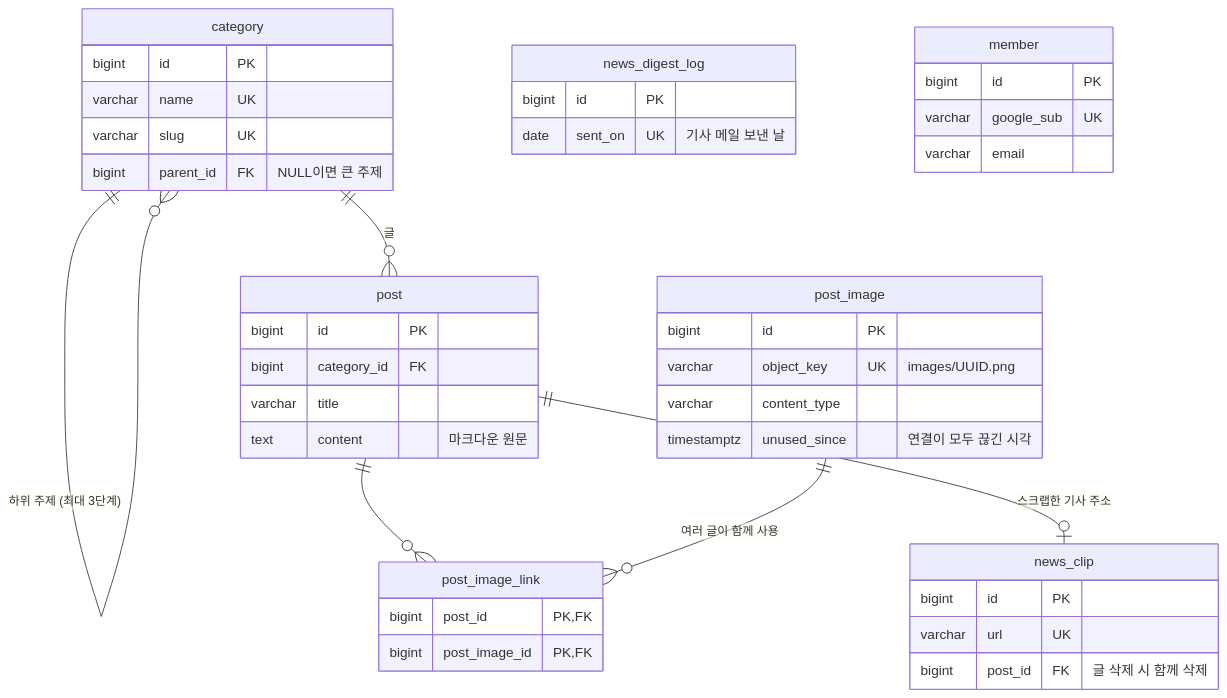
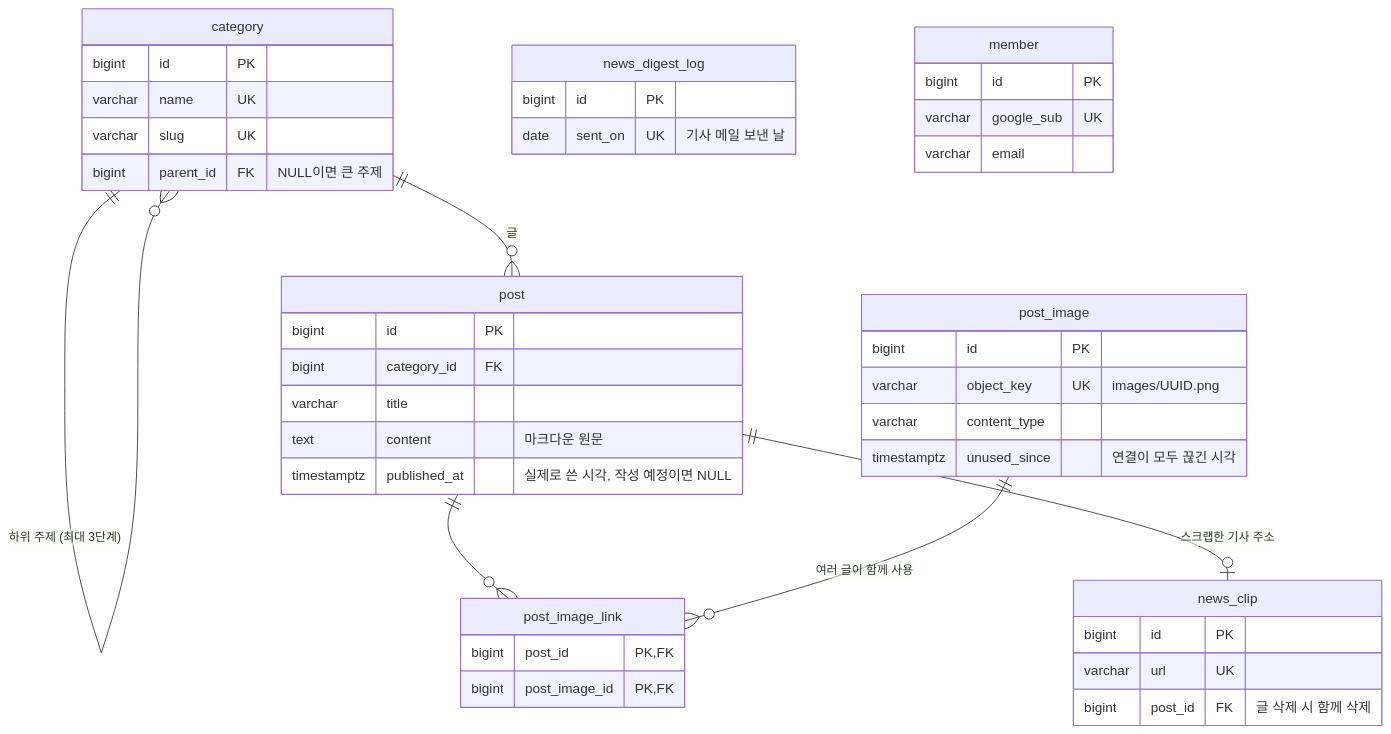
Before and after one commit to kimzoo5676-del/Zoolog: the fourth of 4 diagrams in README.md, drawn with Mermaid. The commit also changed other lines of this file and 2 other files, not shown here.

Commit message:
docs: 뉴스 스크랩·published_at 이후 변경 반영, 결정 기록 #20

````diff
--- a/README.md
+++ b/README.md
@@ -153,45 +153,46 @@
 ```mermaid
 erDiagram
   category ||--o{ category : "하위 주제 (최대 3단계)"
   category ||--o{ post : "글"
   post ||--o{ post_image_link : ""
   post_image ||--o{ post_image_link : "여러 글이 함께 사용"
   post ||--o| news_clip : "스크랩한 기사 주소"
 
   category {
     bigint id PK
     varchar name UK
     varchar slug UK
     bigint parent_id FK "NULL이면 큰 주제"
   }
   post {
     bigint id PK
     bigint category_id FK
     varchar title
     text content "마크다운 원문"
+    timestamptz published_at "실제로 쓴 시각, 작성 예정이면 NULL"
   }
   post_image {
     bigint id PK
     varchar object_key UK "images/UUID.png"
     varchar content_type
     timestamptz unused_since "연결이 모두 끊긴 시각"
   }
   post_image_link {
     bigint post_id PK, FK
     bigint post_image_id PK, FK
   }
   news_clip {
     bigint id PK
     varchar url UK
     bigint post_id FK "글 삭제 시 함께 삭제"
   }
   news_digest_log {
     bigint id PK
     date sent_on UK "기사 메일 보낸 날"
   }
   member {
     bigint id PK
     varchar google_sub UK
     varchar email
   }
 ```
````
